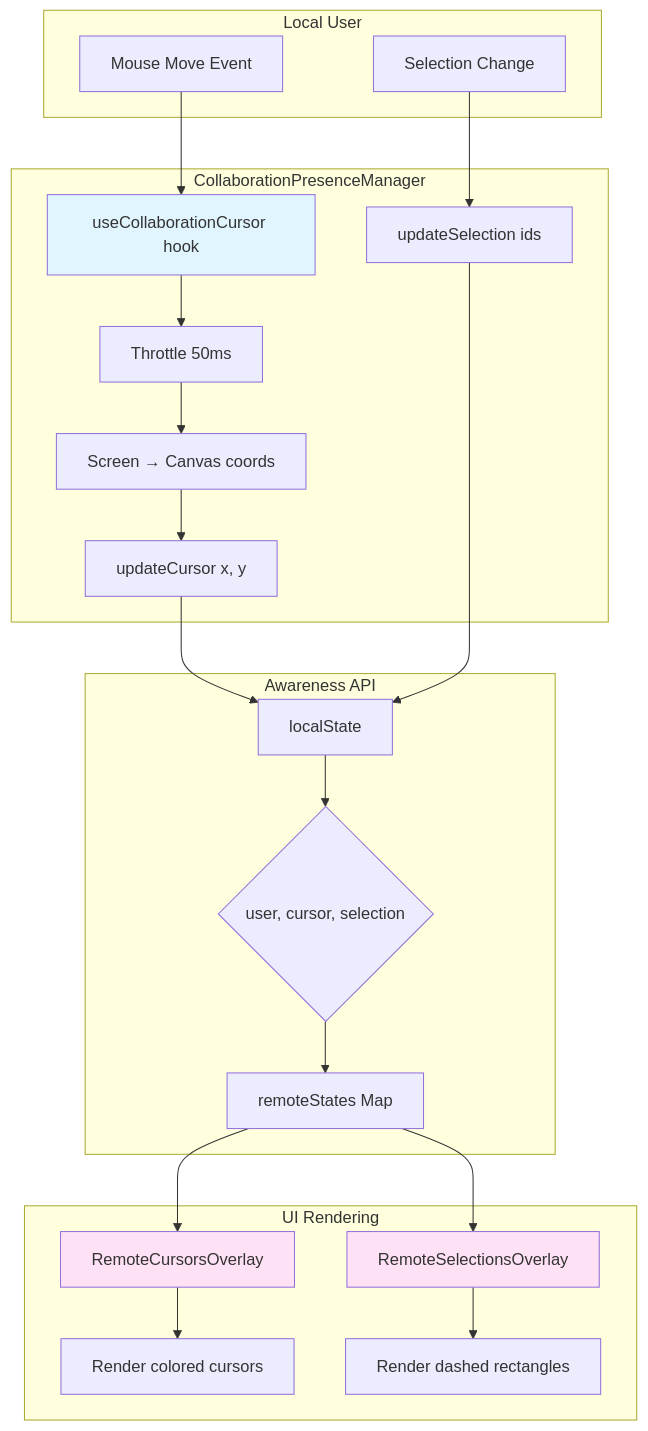
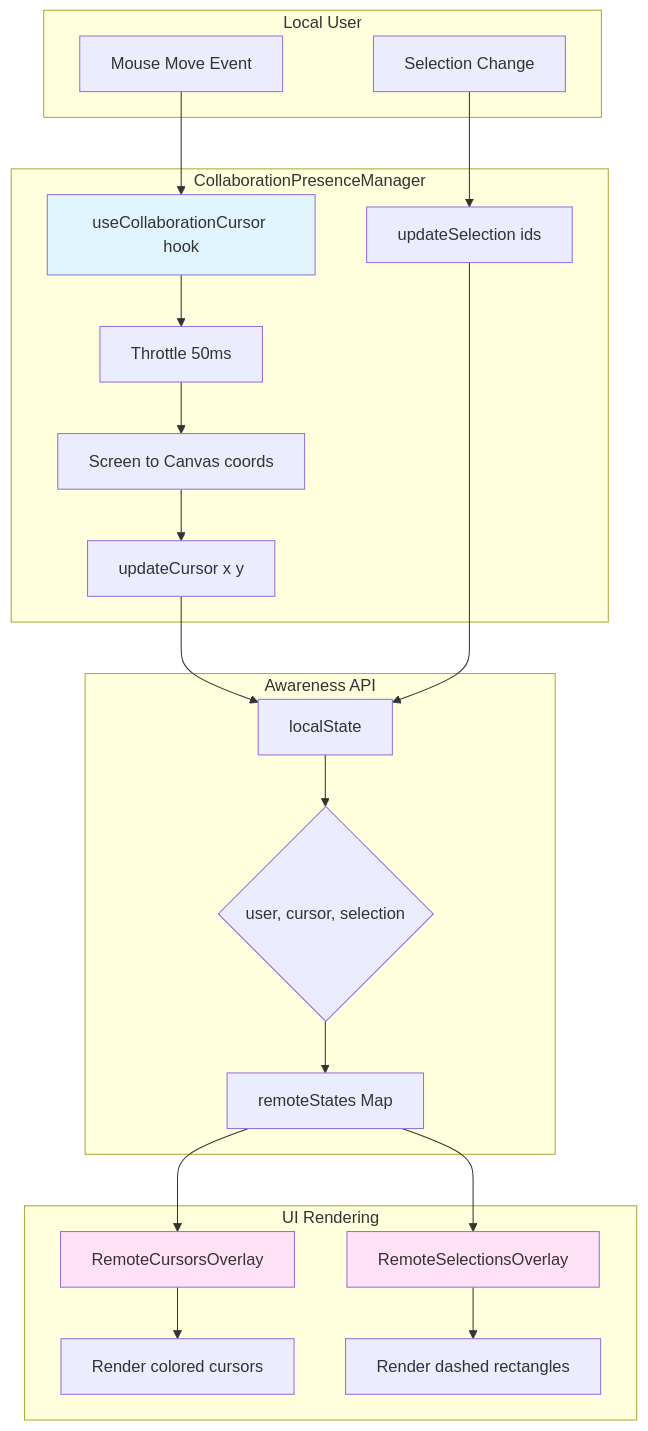
One commit to ekrsulov/ttpe changed the third of 3 diagrams in doc/docs/plugins/catalog/collaboration.md. Above: the diagram before and after it, drawn with Mermaid. The commit also changed other lines of this file and 9 other files, not shown here.

````diff
--- a/doc/docs/plugins/catalog/collaboration.md
+++ b/doc/docs/plugins/catalog/collaboration.md
@@ -142,50 +142,50 @@
 ```mermaid
 graph TB
     subgraph "Local User"
         A[Mouse Move Event]
         B[Selection Change]
     end
     
     subgraph "CollaborationPresenceManager"
         C[useCollaborationCursor hook]
         D[Throttle 50ms]
-        E[Screen → Canvas coords]
-        F[updateCursor x, y]
+        E[Screen to Canvas coords]
+        F[updateCursor x y]
         G[updateSelection ids]
     end
     
     subgraph "Awareness API"
         H[localState]
         I{user, cursor, selection}
         J[remoteStates Map]
     end
     
     subgraph "UI Rendering"
         K[RemoteCursorsOverlay]
         L[RemoteSelectionsOverlay]
         M[Render colored cursors]
         N[Render dashed rectangles]
     end
     
     A --> C
     C --> D
     D --> E
     E --> F
     F --> H
     
     B --> G
     G --> H
     
     H --> I
     I --> J
     
     J --> K
     J --> L
     
     K --> M
     L --> N
     
     style C fill:#e1f5ff
     style K fill:#ffe1f5
     style L fill:#ffe1f5
 ```
````
